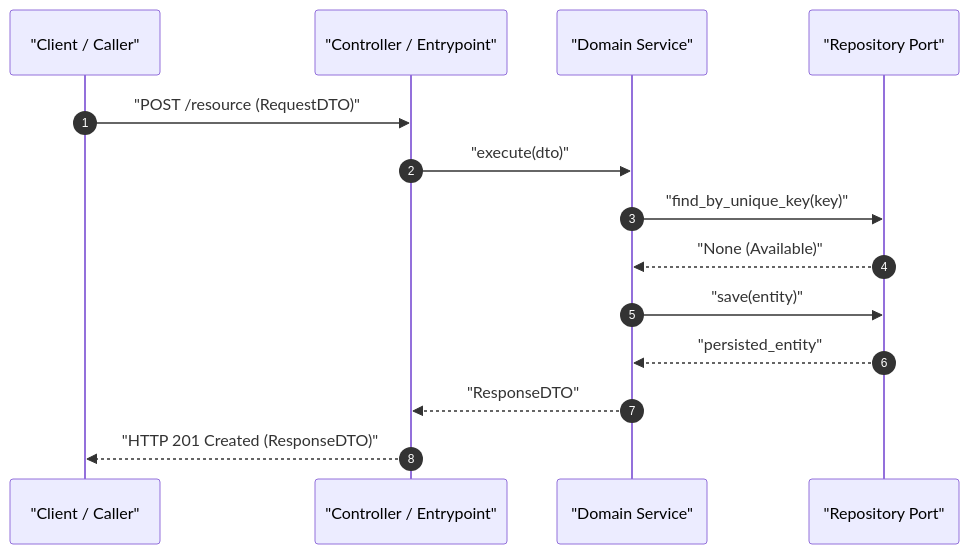
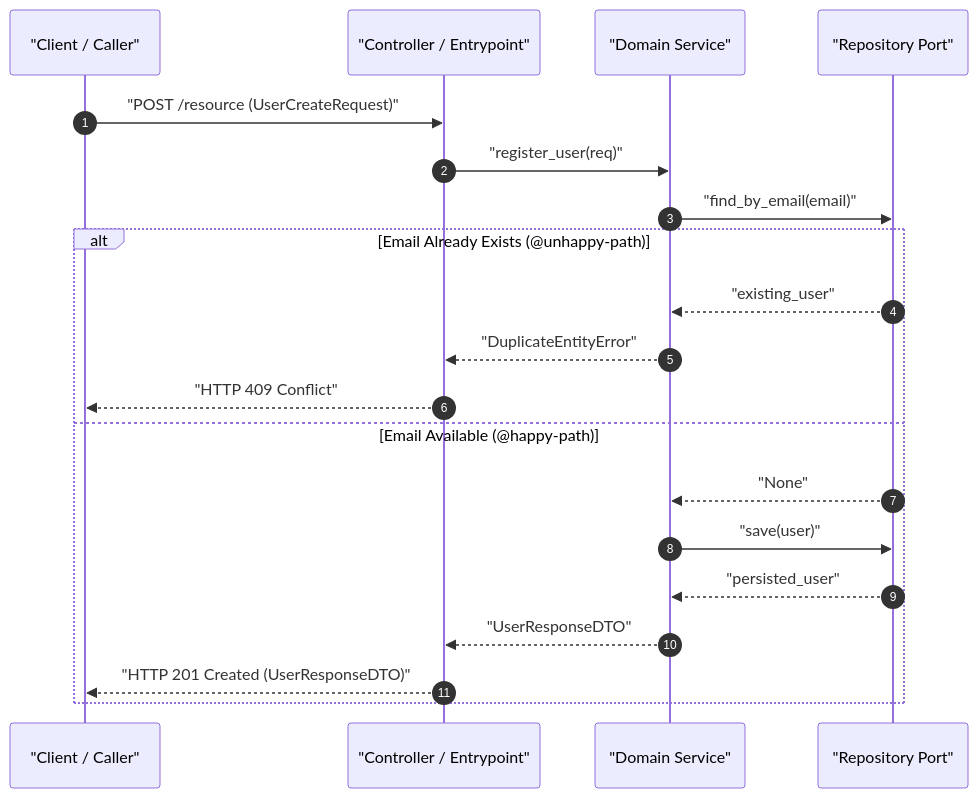
One commit to MarcosVeniciu/antigravity-agentic-skills changed the first of 2 diagrams in skills/plan/references/plan-sdd.md. Above: the diagram before and after it, drawn with Mermaid. The commit also changed other lines of this file and 10 other files, not shown here.

````diff
--- a/skills/plan/references/plan-sdd.md
+++ b/skills/plan/references/plan-sdd.md
@@ -41,17 +50,23 @@
 ```mermaid
 sequenceDiagram
     autonumber
     participant Client as "Client / Caller"
     participant API as "Controller / Entrypoint"
     participant Service as "Domain Service"
     participant Port as "Repository Port"
     
-    Client->>API: "POST /resource (RequestDTO)"
-    API->>Service: "execute(dto)"
-    Service->>Port: "find_by_unique_key(key)"
-    Port-->>Service: "None (Available)"
-    Service->>Port: "save(entity)"
-    Port-->>Service: "persisted_entity"
-    Service-->>API: "ResponseDTO"
-    API-->>Client: "HTTP 201 Created (ResponseDTO)"
+    Client->>API: "POST /resource (UserCreateRequest)"
+    API->>Service: "register_user(req)"
+    Service->>Port: "find_by_email(email)"
+    alt Email Already Exists (@unhappy-path)
+        Port-->>Service: "existing_user"
+        Service-->>API: "DuplicateEntityError"
+        API-->>Client: "HTTP 409 Conflict"
+    else Email Available (@happy-path)
+        Port-->>Service: "None"
+        Service->>Port: "save(user)"
+        Port-->>Service: "persisted_user"
+        Service-->>API: "UserResponseDTO"
+        API-->>Client: "HTTP 201 Created (UserResponseDTO)"
+    end
 ```
````
